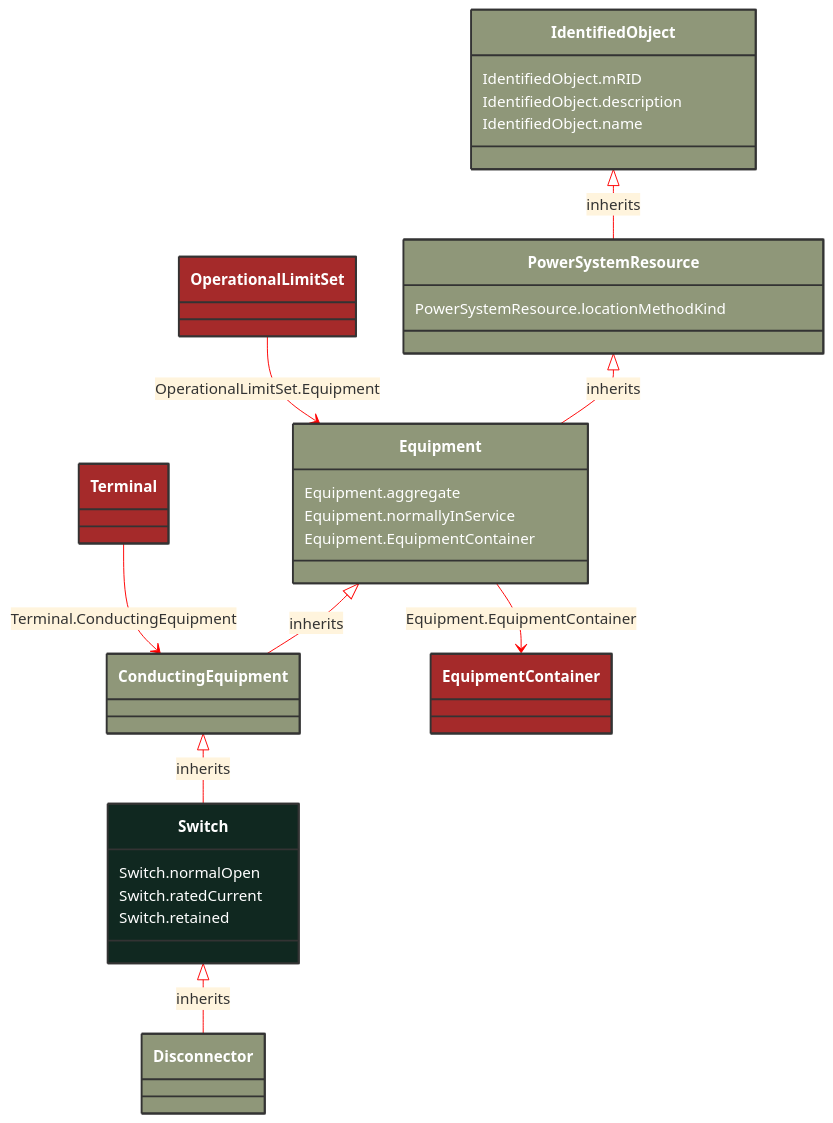
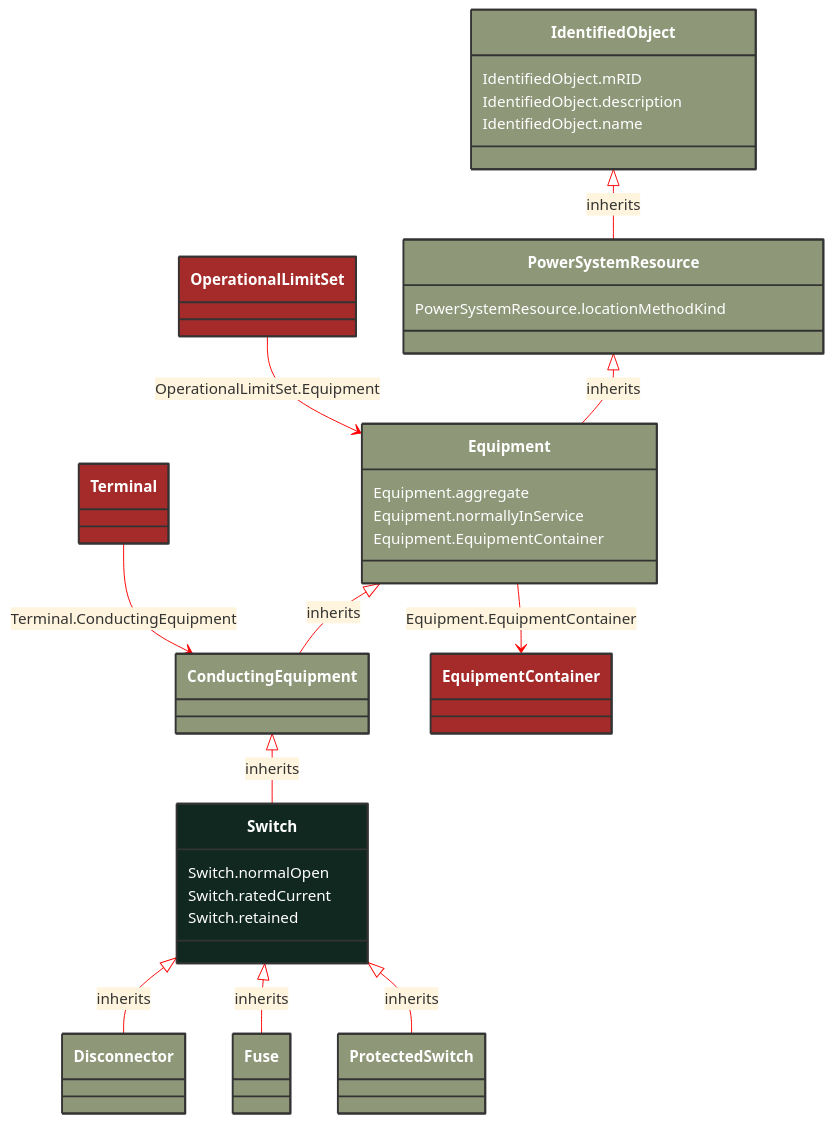
One commit to 3lbits/NoCIMExtensions changed the diagram in docs/Models/Profiles/Telemark-120Equipment/ConcreteClasses/Switch.md. Above: the diagram before and after it, drawn with Mermaid. The commit also changed 63 other files, not shown here.

````diff
--- a/docs/Models/Profiles/Telemark-120Equipment/ConcreteClasses/Switch.md
+++ b/docs/Models/Profiles/Telemark-120Equipment/ConcreteClasses/Switch.md
@@ -8,59 +8,71 @@
 ```mermaid
 %%{init: {'theme':'base','themeVariables': {'lineColor': '#FF0000'}}}%%
 classDiagram
     class Switch
     click Switch href "/Models/Profiles/Telemark-120Equipment/ConcreteClasses/Switch/"
     style Switch fill:#102820,stroke:#333,stroke-width:2px,rx:10,ry:10,color:white
 
         Switch <|-- Disconnector : inherits
 
         Disconnector
             click Disconnector href "/Models/Profiles/Telemark-120Equipment/ConcreteClasses/Disconnector/"
             style Disconnector fill:#8F9779,stroke:#333,stroke-width:2px,rx:10,ry:10,color:white
+
+        Switch <|-- Fuse : inherits
+
+        Fuse
+            click Fuse href "/Models/Profiles/Telemark-120Equipment/ConcreteClasses/Fuse/"
+            style Fuse fill:#8F9779,stroke:#333,stroke-width:2px,rx:10,ry:10,color:white
+
+        Switch <|-- ProtectedSwitch : inherits
+
+        ProtectedSwitch
+            click ProtectedSwitch href "/Models/Profiles/Telemark-120Equipment/AbstractClasses/ProtectedSwitch/"
+            style ProtectedSwitch fill:#8F9779,stroke:#333,stroke-width:2px,rx:10,ry:10,color:white
      
         ConductingEquipment <|-- Switch : inherits
             click ConductingEquipment href "/Models/Profiles/Telemark-120Equipment/AbstractClasses/ConductingEquipment/"
             style ConductingEquipment fill:#8F9779,stroke:#333,stroke-width:2px,rx:10,ry:10,color:white
      
         Equipment <|-- ConductingEquipment : inherits
             click Equipment href "/Models/Profiles/Telemark-120Equipment/AbstractClasses/Equipment/"
             style Equipment fill:#8F9779,stroke:#333,stroke-width:2px,rx:10,ry:10,color:white
      
         PowerSystemResource <|-- Equipment : inherits
             click PowerSystemResource href "/Models/Profiles/Telemark-120Equipment/AbstractClasses/PowerSystemResource/"
             style PowerSystemResource fill:#8F9779,stroke:#333,stroke-width:2px,rx:10,ry:10,color:white
      
         IdentifiedObject <|-- PowerSystemResource : inherits
             click IdentifiedObject href "/Models/Profiles/Telemark-120Equipment/AbstractClasses/IdentifiedObject/"
             style IdentifiedObject fill:#8F9779,stroke:#333,stroke-width:2px,rx:10,ry:10,color:white
 
         Equipment --> EquipmentContainer : Equipment.EquipmentContainer
 
         EquipmentContainer
             click EquipmentContainer href "/Models/Profiles/Telemark-120Equipment/ConcreteClasses/EquipmentContainer/"
             style EquipmentContainer fill:#A52A2A,stroke:#333,stroke-width:2px,rx:10,ry:10,color:white
 
         OperationalLimitSet --> Equipment : OperationalLimitSet.Equipment
 
         OperationalLimitSet
             click OperationalLimitSet href "/Models/Profiles/Telemark-120Equipment/ConcreteClasses/OperationalLimitSet/"
             style OperationalLimitSet fill:#A52A2A,stroke:#333,stroke-width:2px,rx:10,ry:10,color:white
 
         Terminal --> ConductingEquipment : Terminal.ConductingEquipment
 
         Terminal
             click Terminal href "/Models/Profiles/Telemark-120Equipment/ConcreteClasses/Terminal/"
             style Terminal fill:#A52A2A,stroke:#333,stroke-width:2px,rx:10,ry:10,color:white
 
 
         Switch : Switch.normalOpen
         Switch : Switch.ratedCurrent
         Switch : Switch.retained
         Equipment : Equipment.aggregate
         Equipment : Equipment.normallyInService
         Equipment : Equipment.EquipmentContainer
         PowerSystemResource : PowerSystemResource.locationMethodKind
         IdentifiedObject : IdentifiedObject.mRID
         IdentifiedObject : IdentifiedObject.description
         IdentifiedObject : IdentifiedObject.name
 ```
````
